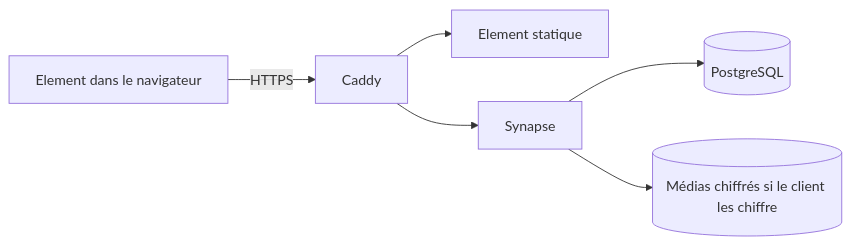
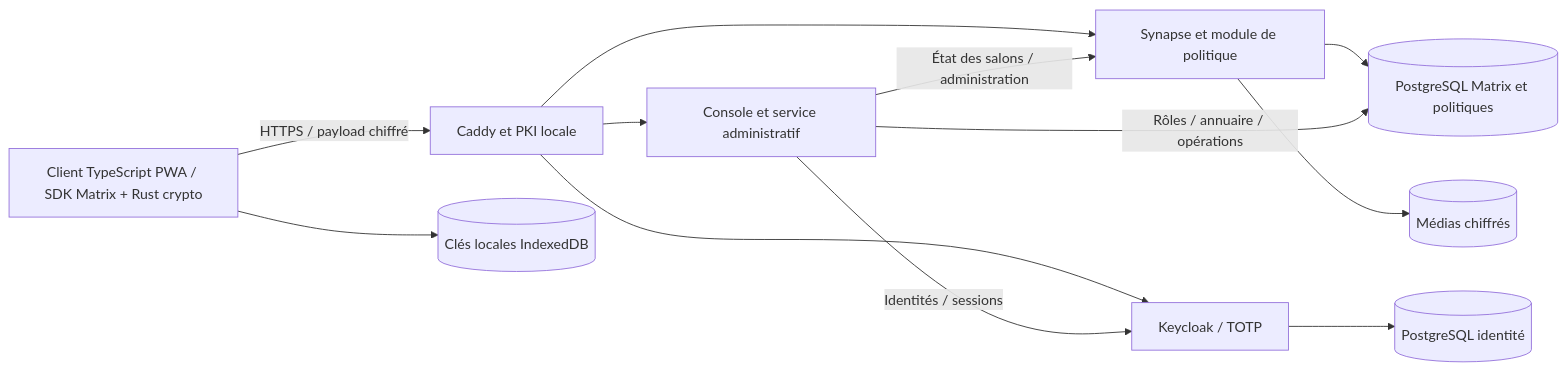
Before and after one commit to JaliilKouraogo/FasoConnect: the diagram in docs/ARCHITECTURE.md, drawn with Mermaid. The commit also changed other lines of this file and 18 other files, not shown here.

````diff
--- a/docs/ARCHITECTURE.md
+++ b/docs/ARCHITECTURE.md
@@ -2,8 +3,14 @@
 ```mermaid
 flowchart LR
- A[Element dans le navigateur] -->|HTTPS| B[Caddy]
- B --> C[Element statique]
- B --> D[Synapse]
- D --> E[(PostgreSQL)]
- D --> F[(Médias chiffrés si le client les chiffre)]
+ U[Client TypeScript PWA / SDK Matrix + Rust crypto] -->|HTTPS / payload chiffré| P[Caddy et PKI locale]
+ P --> S[Synapse et module de politique]
+ P --> I[Keycloak / TOTP]
+ P --> A[Console et service administratif]
+ S --> D[(PostgreSQL Matrix et politiques)]
+ S --> M[(Médias chiffrés)]
+ I --> K[(PostgreSQL identité)]
+ A -->|Identités / sessions| I
+ A -->|État des salons / administration| S
+ A -->|Rôles / annuaire / opérations| D
+ U --> L[(Clés locales IndexedDB)]
 ```
````
